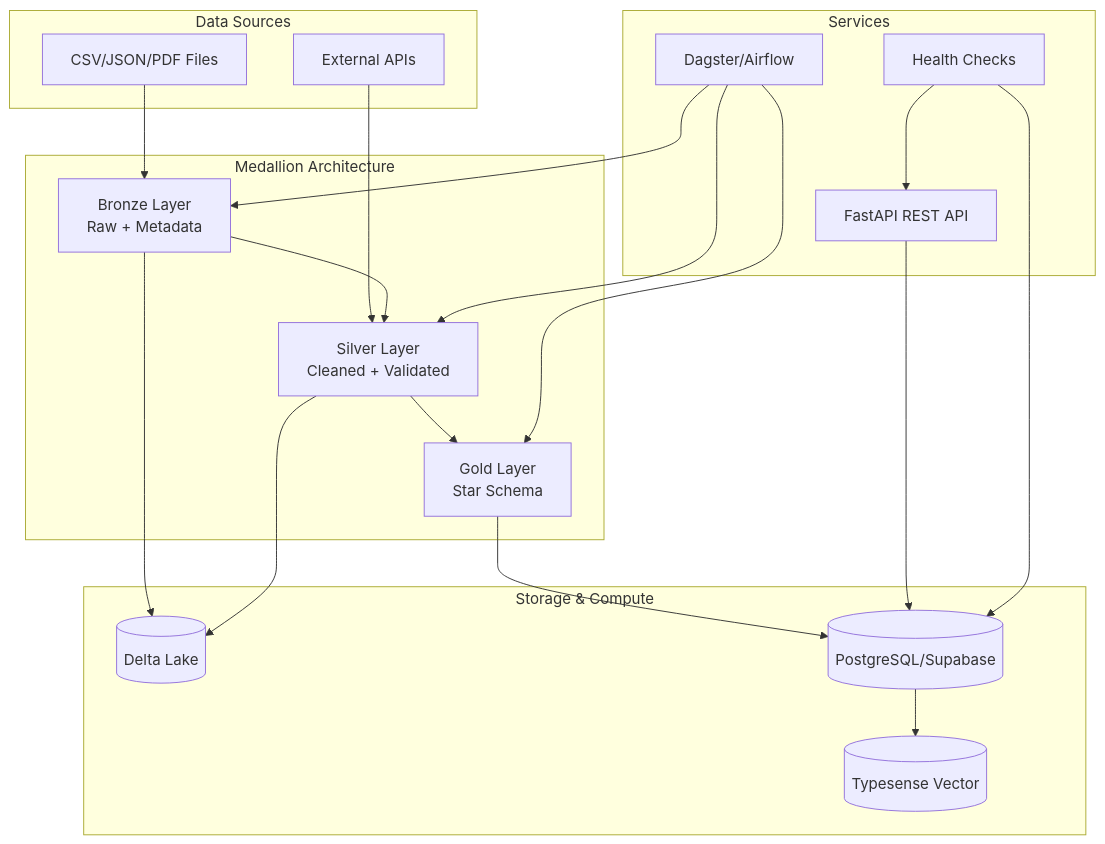
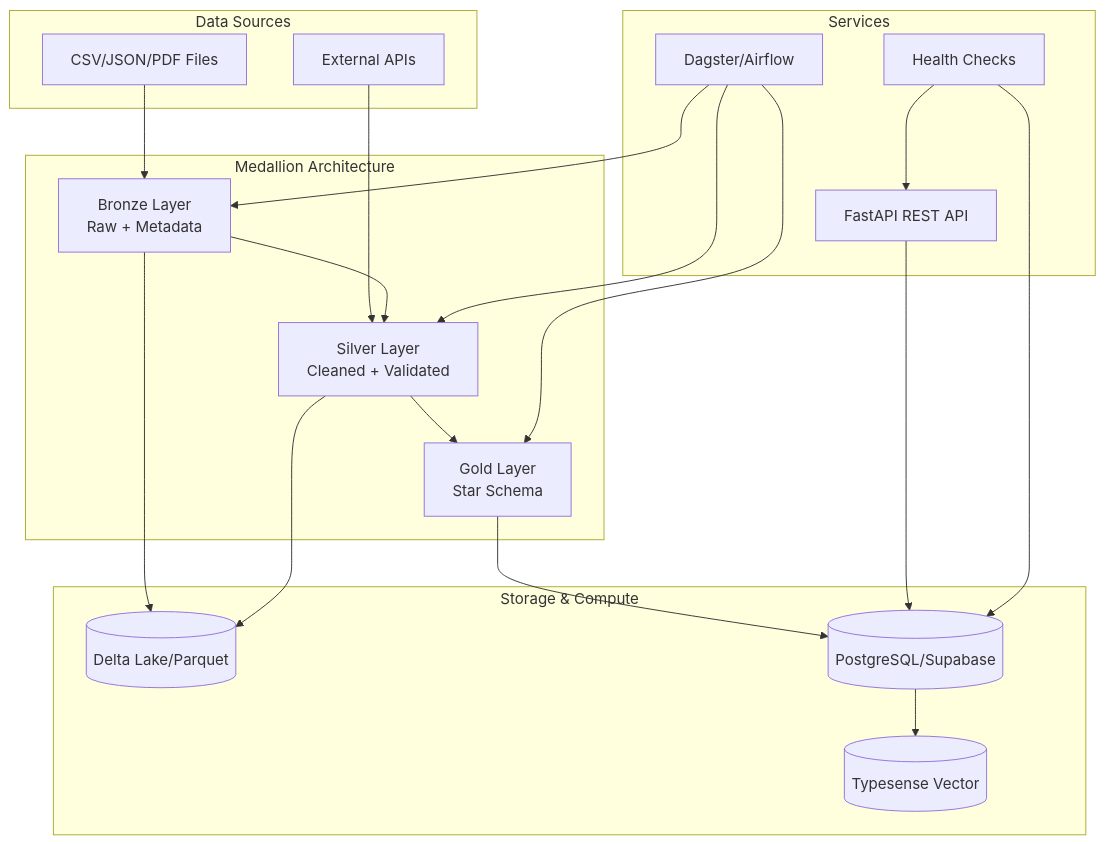
One commit to Camilo555/PwC-Challenge-DataEngineer changed the first of 3 diagrams in README.md. Above: the diagram before and after it, drawn with Mermaid. The commit also changed other lines of this file and 5 other files, not shown here.

````diff
--- a/README.md
+++ b/README.md
@@ -26,36 +28,36 @@
 ```mermaid
 graph TB
     subgraph "Data Sources"
         Files[CSV/JSON/PDF Files]
         APIs[External APIs]
     end
     
     subgraph "Medallion Architecture" 
         Bronze[Bronze Layer<br/>Raw + Metadata]
         Silver[Silver Layer<br/>Cleaned + Validated]
         Gold[Gold Layer<br/>Star Schema]
     end
     
     subgraph "Storage & Compute"
-        Delta[(Delta Lake)]
+        Storage[(Delta Lake/Parquet)]
         Warehouse[(PostgreSQL/Supabase)]
         Search[(Typesense Vector)]
     end
     
     subgraph "Services"
         API[FastAPI REST API]
         Orchestration[Dagster/Airflow]
         Monitoring[Health Checks]
     end
     
     Files --> Bronze
     APIs --> Silver
     Bronze --> Silver
     Silver --> Gold
-    Bronze & Silver --> Delta
+    Bronze & Silver --> Storage
     Gold --> Warehouse
     Warehouse --> Search
     API --> Warehouse
     Orchestration --> Bronze & Silver & Gold
     Monitoring --> API & Warehouse
 ```
````
